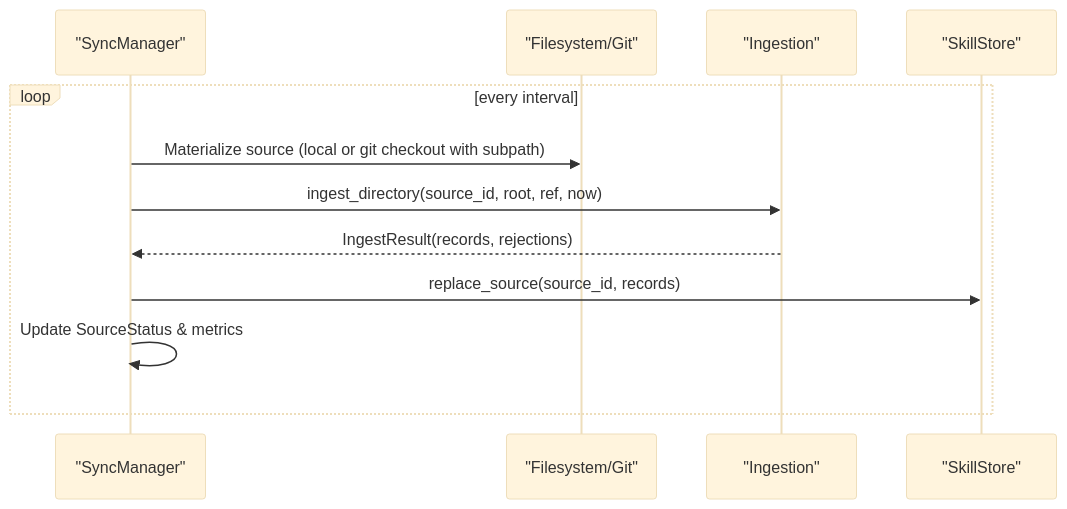
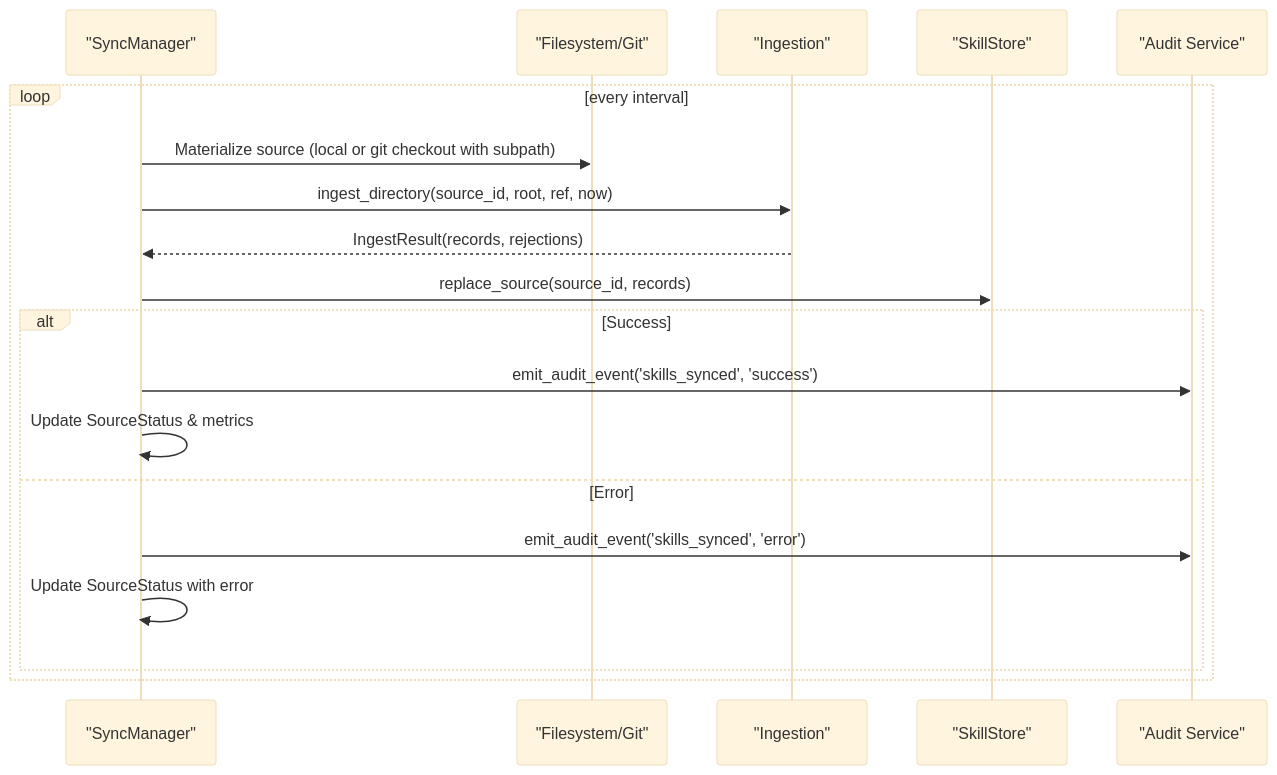
The eighth of 12 diagrams in .qoder/repowiki/en/content/Deployment and Operations/Skills Hub Service.md (metasync/luban-aiops), drawn with Mermaid (base theme) before and after one commit. The commit also changed other lines of this file and 8 other files, not shown here.

````diff
--- a/.qoder/repowiki/en/content/Deployment and Operations/Skills Hub Service.md
+++ b/.qoder/repowiki/en/content/Deployment and Operations/Skills Hub Service.md
@@ -283,14 +333,21 @@
 ```mermaid
 sequenceDiagram
 participant SM as "SyncManager"
 participant FS as "Filesystem/Git"
 participant IG as "Ingestion"
 participant ST as "SkillStore"
+participant AU as "Audit Service"
 loop every interval
 SM->>FS : Materialize source (local or git checkout with subpath)
 SM->>IG : ingest_directory(source_id, root, ref, now)
 IG-->>SM : IngestResult(records, rejections)
 SM->>ST : replace_source(source_id, records)
+alt Success
+SM->>AU : emit_audit_event('skills_synced', 'success')
 SM->>SM : Update SourceStatus & metrics
+else Error
+SM->>AU : emit_audit_event('skills_synced', 'error')
+SM->>SM : Update SourceStatus with error
+end
 end
 ```
````
